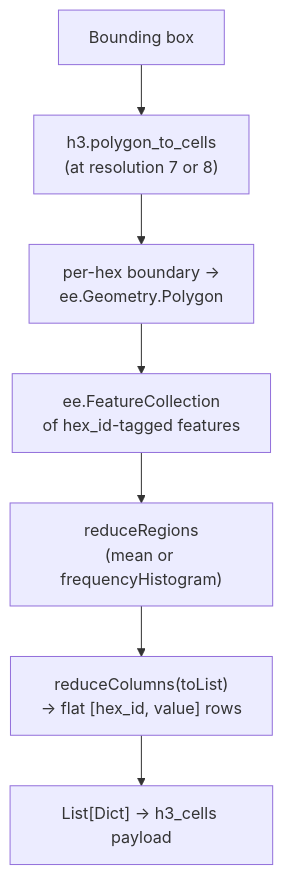
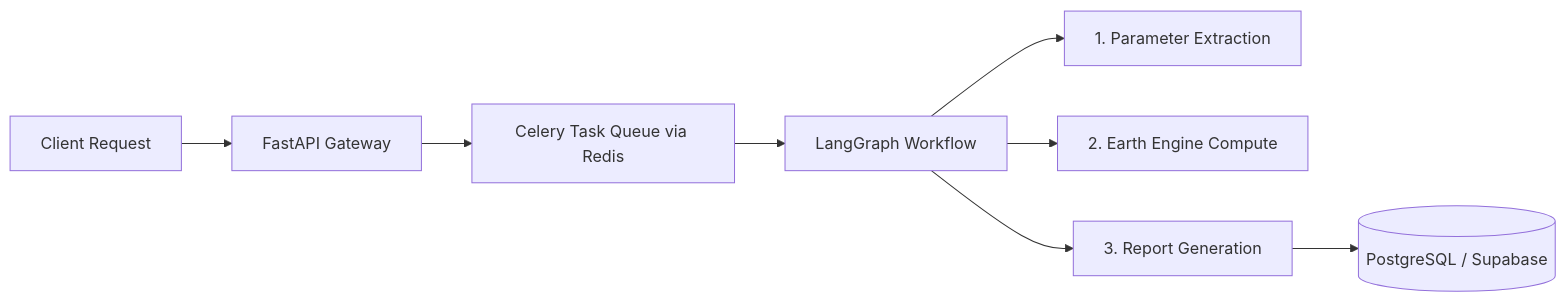
One commit to Harkirat2424/Geospatial-AI-Assistant changed the diagram in backend/README.md. Above: the diagram before and after it, drawn with Mermaid. The commit also changed other lines of this file and 3 other files, not shown here.

````diff
--- a/backend/README.md
+++ b/backend/README.md
@@ -345,9 +9,10 @@
 ```mermaid
-flowchart TD
-    A[Bounding box] --> B["h3.polygon_to_cells<br/>(at resolution 7 or 8)"]
-    B --> C["per-hex boundary →<br/>ee.Geometry.Polygon"]
-    C --> D[ee.FeatureCollection<br/>of hex_id-tagged features]
-    D --> E["reduceRegions<br/>(mean or frequencyHistogram)"]
-    E --> F["reduceColumns(toList)<br/>→ flat [hex_id, value] rows"]
-    F --> G["List[Dict] → h3_cells payload"]
+flowchart LR
+    A[Client Request] --> B[FastAPI Gateway]
+    B --> C[Celery Task Queue via Redis]
+    C --> D[LangGraph Workflow]
+    D --> E[1. Parameter Extraction]
+    D --> F[2. Earth Engine Compute]
+    D --> G[3. Report Generation]
+    G --> H[(PostgreSQL / Supabase)]
 ```
````
